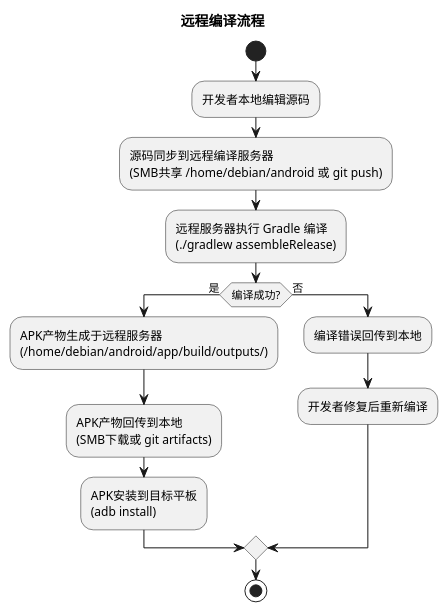
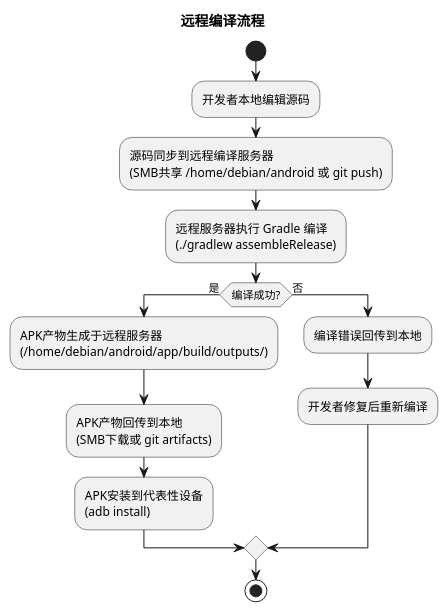
Before and after one commit to wujupeng/andriodpad2: diagram 11 of 12 in docs/specs/design.md, drawn with PlantUML. The commit also changed other lines of this file and 2 other files, not shown here.

````diff
--- a/docs/specs/design.md
+++ b/docs/specs/design.md
@@ -1305,20 +1343,20 @@
 ```plantuml
 @startuml
 title 远程编译流程
 
 start
 :开发者本地编辑源码;
 :源码同步到远程编译服务器\n(SMB共享 /home/debian/android 或 git push);
 :远程服务器执行 Gradle 编译\n(./gradlew assembleRelease);
 if (编译成功?) then (是)
     :APK产物生成于远程服务器\n(/home/debian/android/app/build/outputs/);
     :APK产物回传到本地\n(SMB下载或 git artifacts);
-    :APK安装到目标平板\n(adb install);
+    :APK安装到代表性设备\n(adb install);
 else (否)
     :编译错误回传到本地;
     :开发者修复后重新编译;
 endif
 stop
 
 @enduml
 ```
````
